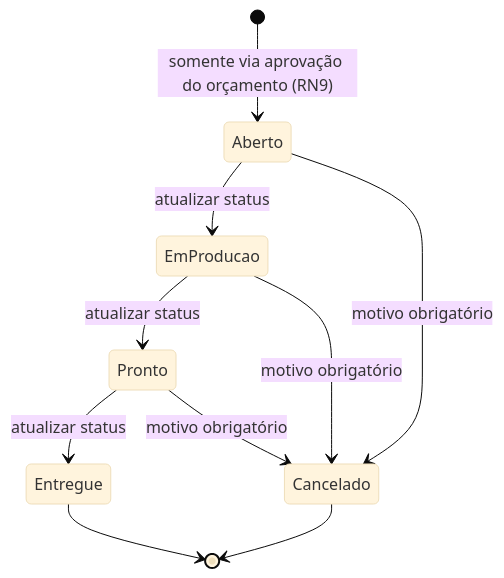
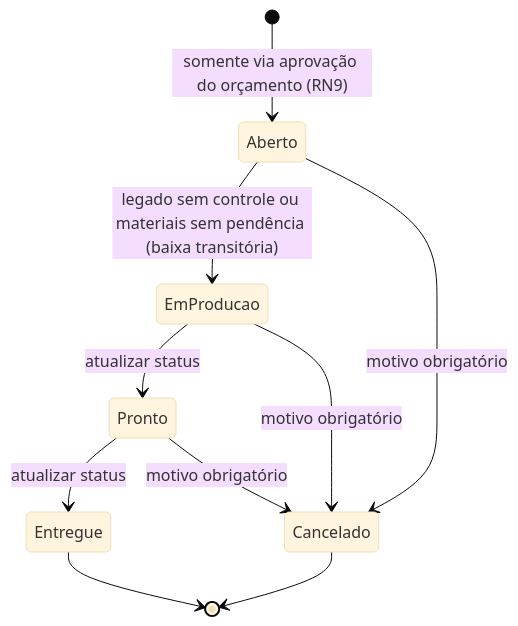
The second of 4 diagrams in docs/07-insumos-diagramas-der-dicionario.md (DaviMarszalek/Zalek360), drawn with Mermaid (base theme) before and after one commit. The commit also changed other lines of this file and 8 other files, not shown here.

````diff
--- a/docs/07-insumos-diagramas-der-dicionario.md
+++ b/docs/07-insumos-diagramas-der-dicionario.md
@@ -95,12 +95,12 @@
 ```mermaid
 stateDiagram-v2
     [*] --> Aberto: somente via aprovação do orçamento (RN9)
-    Aberto --> EmProducao: atualizar status
+    Aberto --> EmProducao: legado sem controle ou materiais sem pendência (baixa transitória)
     EmProducao --> Pronto: atualizar status
     Pronto --> Entregue: atualizar status
     Aberto --> Cancelado: motivo obrigatório
     EmProducao --> Cancelado: motivo obrigatório
     Pronto --> Cancelado: motivo obrigatório
     Entregue --> [*]
     Cancelado --> [*]
 ```
````
